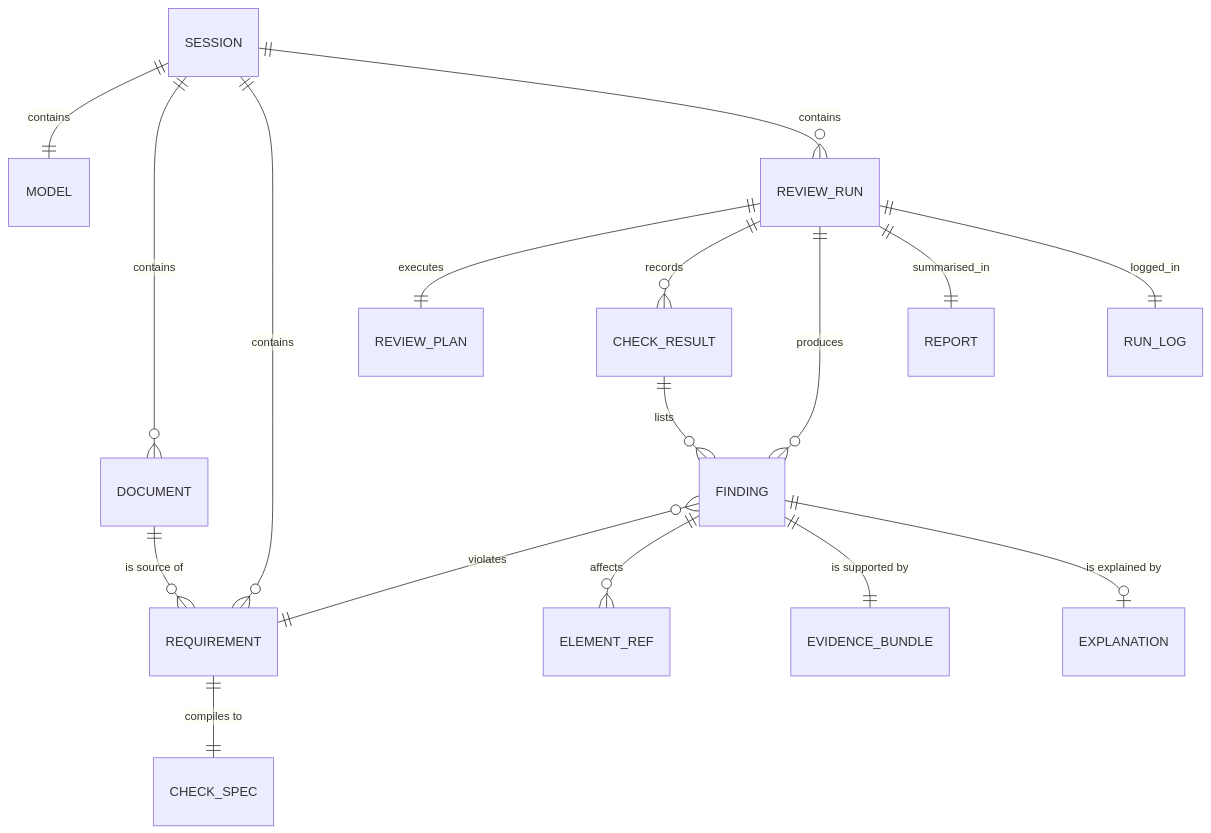
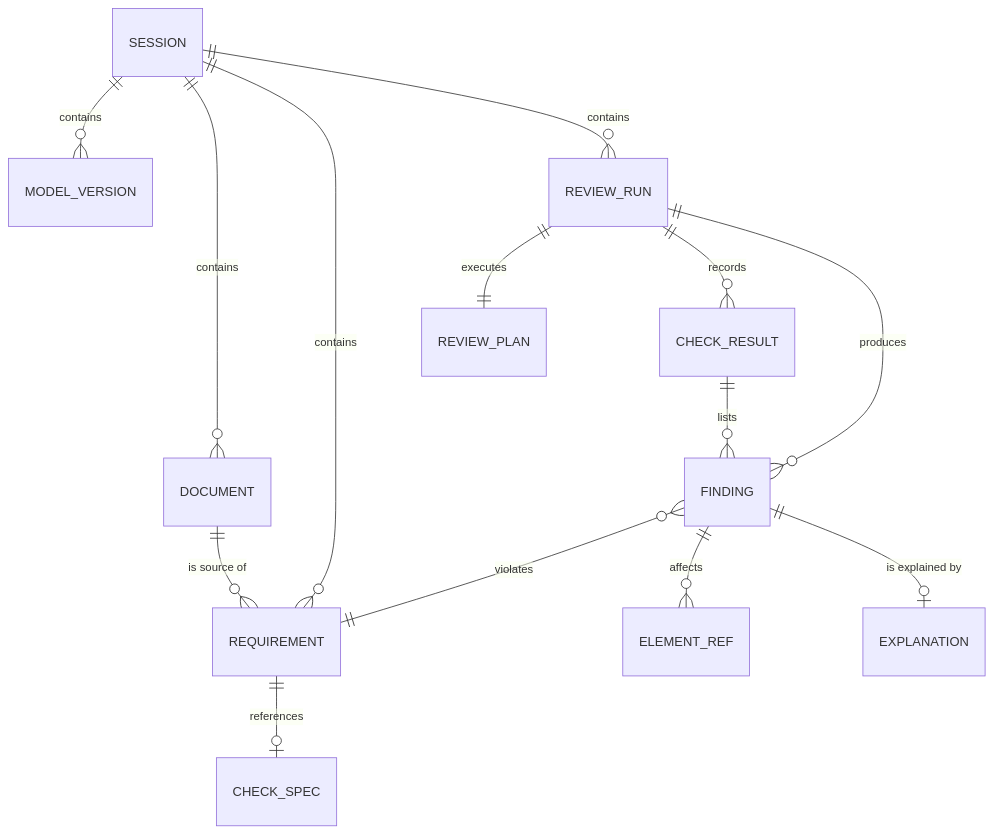
Before and after one commit to natnew/BIM-Intelligence: the seventh of 10 diagrams in docs/ARCHITECTURE.md, drawn with Mermaid. The commit also changed other lines of this file and 12 other files, not shown here.

````diff
--- a/docs/ARCHITECTURE.md
+++ b/docs/ARCHITECTURE.md
@@ -432,19 +408,16 @@
 ```mermaid
 erDiagram
-    SESSION ||--|| MODEL : contains
+    SESSION ||--o{ MODEL_VERSION : contains
     SESSION ||--o{ DOCUMENT : contains
     SESSION ||--o{ REQUIREMENT : contains
     SESSION ||--o{ REVIEW_RUN : contains
     DOCUMENT ||--o{ REQUIREMENT : "is source of"
-    REQUIREMENT ||--|| CHECK_SPEC : "compiles to"
+    REQUIREMENT ||--o| CHECK_SPEC : "references"
     REVIEW_RUN ||--|| REVIEW_PLAN : executes
     REVIEW_RUN ||--o{ CHECK_RESULT : records
     CHECK_RESULT ||--o{ FINDING : lists
     REVIEW_RUN ||--o{ FINDING : produces
     FINDING }o--|| REQUIREMENT : violates
     FINDING ||--o{ ELEMENT_REF : affects
-    FINDING ||--|| EVIDENCE_BUNDLE : "is supported by"
     FINDING ||--o| EXPLANATION : "is explained by"
-    REVIEW_RUN ||--|| REPORT : summarised_in
-    REVIEW_RUN ||--|| RUN_LOG : logged_in
 ```
````
